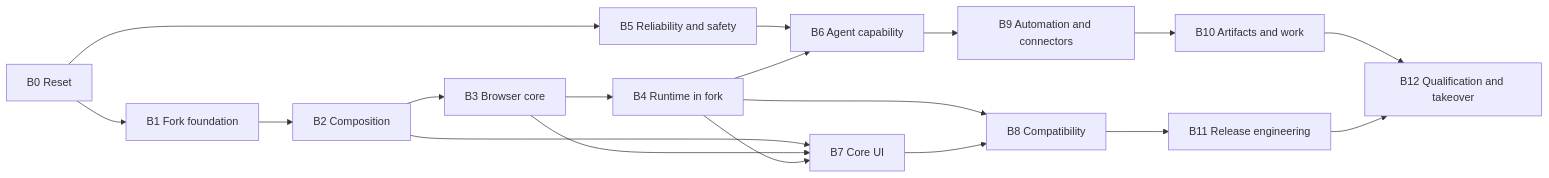
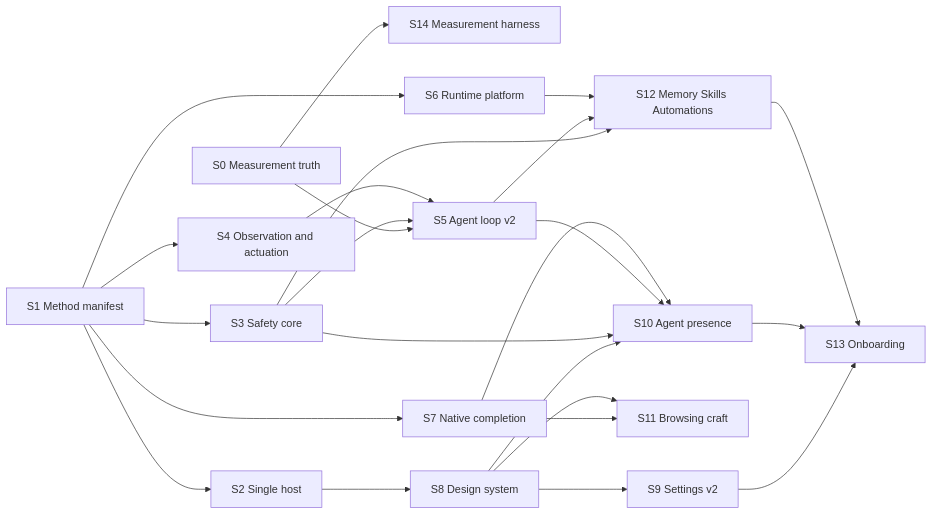
One commit to robzilla1738/vector changed the second of 2 diagrams in docs/ROADMAP.md. Above: the diagram before and after it, drawn with Mermaid. The commit also changed other lines of this file and 7 other files, not shown here.

Commit message:
docs: adopt Aux roadmap v2 and preserve v1 [skip ci]

````diff
--- a/docs/ROADMAP.md
+++ b/docs/ROADMAP.md
@@ -683,20 +1030,26 @@
 ```mermaid
 flowchart LR
-  B0[B0 Reset] --> B1[B1 Fork foundation]
-  B1 --> B2[B2 Composition]
-  B2 --> B3[B3 Browser core]
-  B3 --> B4[B4 Runtime in fork]
-  B0 --> B5[B5 Reliability and safety]
-  B5 --> B6[B6 Agent capability]
-  B4 --> B6
-  B2 --> B7[B7 Core UI]
-  B3 --> B7
-  B4 --> B7
-  B4 --> B8[B8 Compatibility]
-  B7 --> B8
-  B6 --> B9[B9 Automation and connectors]
-  B9 --> B10[B10 Artifacts and work]
-  B8 --> B11[B11 Release engineering]
-  B10 --> B12[B12 Qualification and takeover]
-  B11 --> B12
+  S0[S0 Measurement truth] --> S14[S14 Measurement harness]
+  S0 --> S5[S5 Agent loop v2]
+  S1[S1 Method manifest] --> S2[S2 Single host]
+  S1 --> S3[S3 Safety core]
+  S1 --> S4[S4 Observation and actuation]
+  S1 --> S6[S6 Runtime platform]
+  S1 --> S7[S7 Native completion]
+  S3 --> S5
+  S4 --> S5
+  S2 --> S8[S8 Design system]
+  S8 --> S9[S9 Settings v2]
+  S8 --> S10[S10 Agent presence]
+  S3 --> S10
+  S5 --> S10
+  S7 --> S10
+  S7 --> S11[S11 Browsing craft]
+  S8 --> S11
+  S3 --> S12[S12 Memory Skills Automations]
+  S5 --> S12
+  S6 --> S12
+  S9 --> S13[S13 Onboarding]
+  S10 --> S13
+  S12 --> S13
 ```
````
